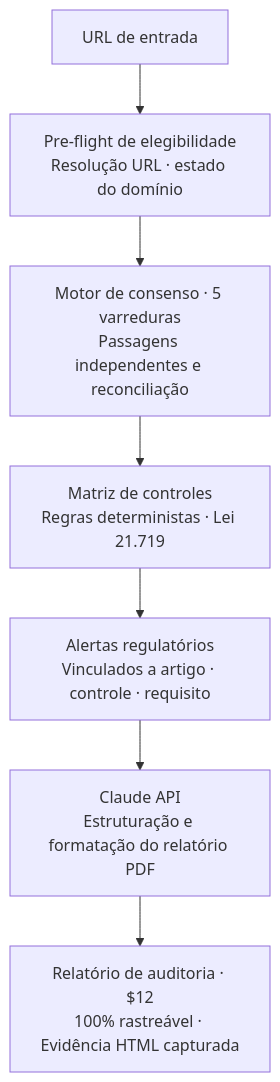
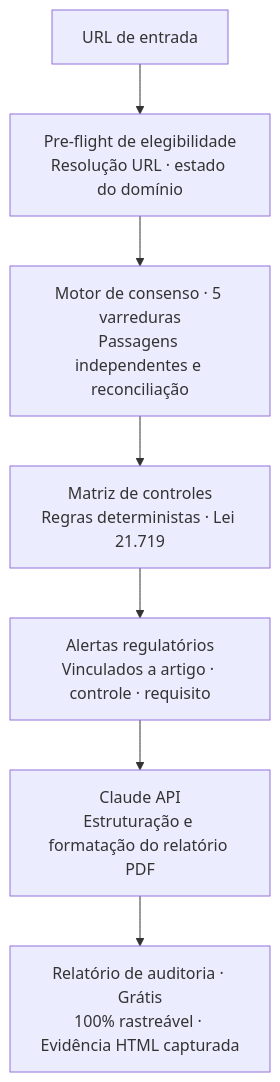
Before and after one commit to ibaifernandez/aglaya.biz: the third of 3 diagrams in src/content/proof/legal-reg-tech.md, drawn with Mermaid. The commit also changed other lines of this file, not shown here.

````diff
--- a/src/content/proof/legal-reg-tech.md
+++ b/src/content/proof/legal-reg-tech.md
@@ -177,9 +177,9 @@
   ```mermaid
   flowchart TD
     A["URL de entrada"] --> B["Pre-flight de elegibilidade\nResolução URL · estado do domínio"]
     B --> C["Motor de consenso · 5 varreduras\nPassagens independentes e reconciliação"]
     C --> D["Matriz de controles\nRegras deterministas · Lei 21.719"]
     D --> E["Alertas regulatórios\nVinculados a artigo · controle · requisito"]
     E --> F["Claude API\nEstruturação e formatação do relatório PDF"]
-    F --> G["Relatório de auditoria · $12\n100% rastreável · Evidência HTML capturada"]
+    F --> G["Relatório de auditoria · Grátis\n100% rastreável · Evidência HTML capturada"]
   ```
````
